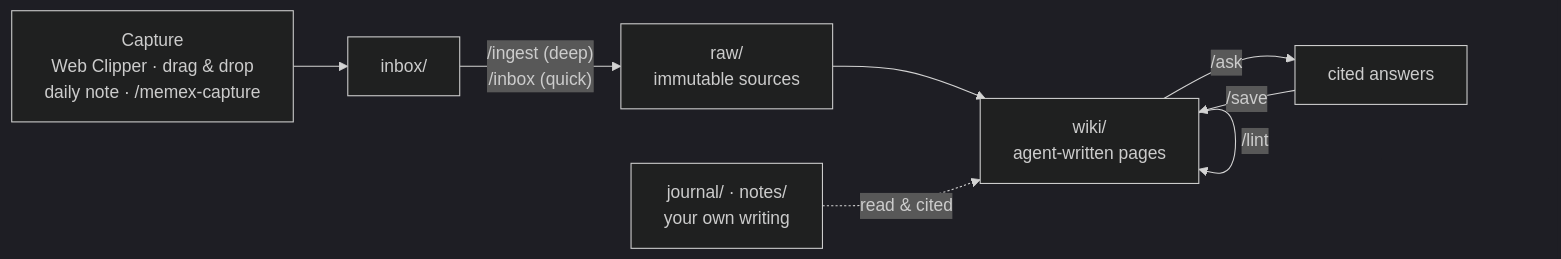
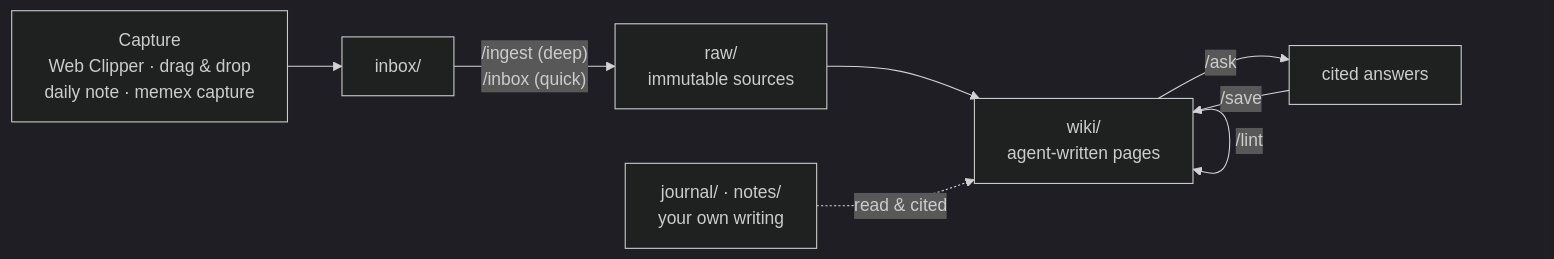
One commit to G-aUr-aV/Memex changed the diagram in Memex Manual.md. Above: the diagram before and after it, drawn with Mermaid (dark theme). The commit also changed other lines of this file and 24 other files, not shown here.

````diff
--- a/Memex Manual.md
+++ b/Memex Manual.md
@@ -12,10 +12,10 @@
 ```mermaid
 flowchart LR
-  C["Capture<br/>Web Clipper · drag & drop<br/>daily note · /memex-capture"] --> I["inbox/"]
+  C["Capture<br/>Web Clipper · drag & drop<br/>daily note · memex capture"] --> I["inbox/"]
   I -->|"/ingest (deep)<br/>/inbox (quick)"| R["raw/<br/>immutable sources"]
   R --> W["wiki/<br/>agent-written pages"]
   W -->|"/ask"| A["cited answers"]
   A -->|"/save"| W
   W -->|"/lint"| W
   J["journal/ · notes/<br/>your own writing"] -. "read & cited" .-> W
 ```
````
